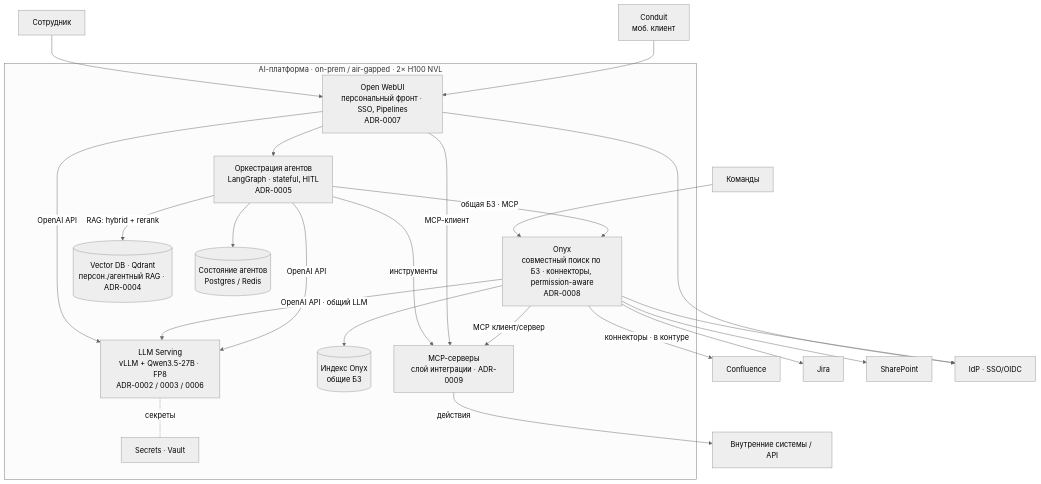
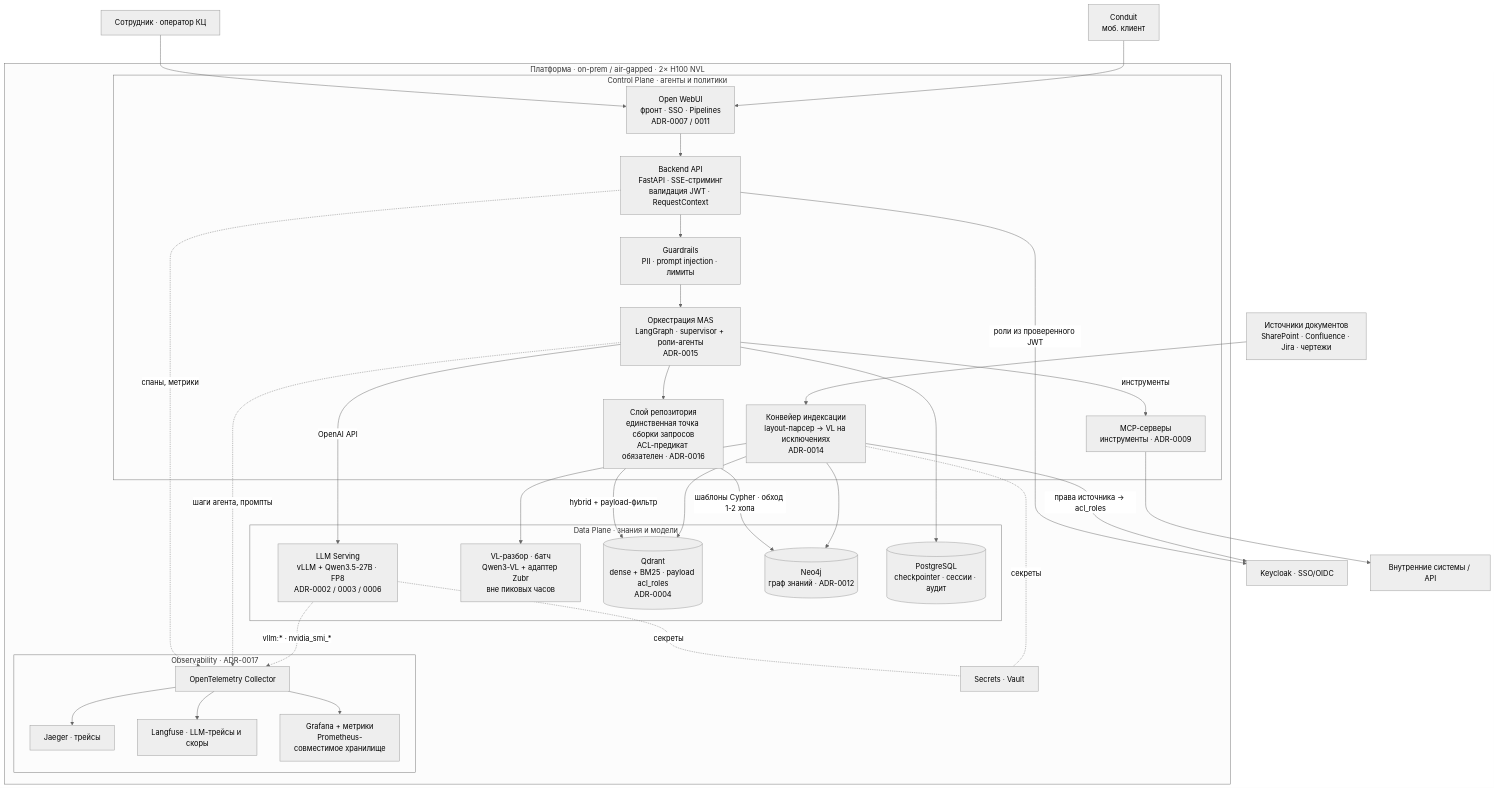
Before and after one commit to ZubikIT/ai-architect: the second of 4 diagrams in final-project/diagrams/c4.md, drawn with Mermaid (neutral theme). The commit also changed other lines of this file, not shown here.

First line of the commit message:
docs(final-project/diagrams): C4 обновлён под GraphRAG, MAS и разделение Control/Data Plane

````diff
--- a/final-project/diagrams/c4.md
+++ b/final-project/diagrams/c4.md
@@ -42,45 +48,62 @@
 ```mermaid
 flowchart TB
-  emp["Сотрудник"]
-  team["Команды"]
+  emp["Сотрудник · оператор КЦ"]
   mobile["Conduit<br/>моб. клиент"]
-  conf["Confluence"]
-  jira["Jira"]
-  sp["SharePoint"]
-  idp["IdP · SSO/OIDC"]
+  idp["Keycloak · SSO/OIDC"]
+  src["Источники документов<br/>SharePoint · Confluence · Jira · чертежи"]
   intsys["Внутренние системы / API"]
 
-  subgraph plat["AI-платформа · on-prem / air-gapped · 2× H100 NVL"]
-    owui["Open WebUI<br/>персональный фронт · SSO, Pipelines<br/>ADR-0007"]
-    onyx["Onyx<br/>совместный поиск по БЗ · коннекторы, permission-aware<br/>ADR-0008"]
-    orch["Оркестрация агентов<br/>LangGraph · stateful, HITL<br/>ADR-0005"]
-    vllm["LLM Serving<br/>vLLM + Qwen3.5-27B · FP8<br/>ADR-0002 / 0003 / 0006"]
-    qdr[("Vector DB · Qdrant<br/>персон./агентный RAG · ADR-0004")]
-    onyxidx[("Индекс Onyx<br/>общие БЗ")]
-    mcp["MCP-серверы<br/>слой интеграции · ADR-0009"]
-    state[("Состояние агентов<br/>Postgres / Redis")]
+  subgraph plat["Платформа · on-prem / air-gapped · 2× H100 NVL"]
+    subgraph cp["Control Plane · агенты и политики"]
+      owui["Open WebUI<br/>фронт · SSO · Pipelines<br/>ADR-0007 / 0011"]
+      api["Backend API<br/>FastAPI · SSE-стриминг<br/>валидация JWT · RequestContext"]
+      orch["Оркестрация MAS<br/>LangGraph · supervisor + роли-агенты<br/>ADR-0015"]
+      repo["Слой репозитория<br/>единственная точка сборки запросов<br/>ACL-предикат обязателен · ADR-0016"]
+      guard["Guardrails<br/>PII · prompt injection · лимиты"]
+      mcp["MCP-серверы<br/>инструменты · ADR-0009"]
+      ing["Конвейер индексации<br/>layout-парсер → VL на исключениях<br/>ADR-0014"]
+    end
+
+    subgraph dp["Data Plane · знания и модели"]
+      vllm["LLM Serving<br/>vLLM + Qwen3.5-27B · FP8<br/>ADR-0002 / 0003 / 0006"]
+      vlm["VL-разбор · батч<br/>Qwen3-VL + адаптер Zubr<br/>вне пиковых часов"]
+      qdr[("Qdrant<br/>dense + BM25 · payload acl_roles<br/>ADR-0004")]
+      neo[("Neo4j<br/>граф знаний · ADR-0012")]
+      pg[("PostgreSQL<br/>checkpointer · сессии · аудит")]
+    end
+
+    subgraph obs["Observability · ADR-0017"]
+      otel["OpenTelemetry Collector"]
+      jae["Jaeger · трейсы"]
+      lf["Langfuse · LLM-трейсы и скоры"]
+      graf["Grafana + метрики<br/>Prometheus-совместимое хранилище"]
+    end
+
     vault["Secrets · Vault"]
   end
 
   emp --> owui
   mobile --> owui
-  team --> onyx
-  owui -->|"OpenAI API"| vllm
-  onyx -->|"OpenAI API · общий LLM"| vllm
-  owui --> orch
+  owui --> api
+  api -->|"роли из проверенного JWT"| idp
+  api --> guard --> orch
+  orch --> repo
+  repo -->|"hybrid + payload-фильтр"| qdr
+  repo -->|"шаблоны Cypher · обход 1-2 хопа"| neo
   orch -->|"OpenAI API"| vllm
-  orch -->|"RAG: hybrid + rerank"| qdr
-  orch -->|"инструменты"| mcp
-  orch -->|"общая БЗ · MCP"| onyx
-  owui -->|"MCP-клиент"| mcp
-  onyx -->|"MCP клиент/сервер"| mcp
-  onyx --> onyxidx
-  onyx -->|"коннекторы · в контуре"| conf
-  onyx --> jira
-  onyx --> sp
-  mcp -->|"действия"| intsys
-  owui --> idp
-  onyx --> idp
-  orch --> state
+  orch -->|"инструменты"| mcp --> intsys
+  orch --> pg
+  src --> ing
+  ing --> vlm
+  ing --> qdr
+  ing --> neo
+  ing -->|"права источника → acl_roles"| idp
+  api -.->|"спаны, метрики"| otel
+  orch -.->|"шаги агента, промпты"| otel
+  vllm -.->|"vllm:* · nvidia_smi_*"| otel
+  otel --> jae
+  otel --> lf
+  otel --> graf
   vllm -. секреты .- vault
+  ing -. секреты .- vault
 ```
````
